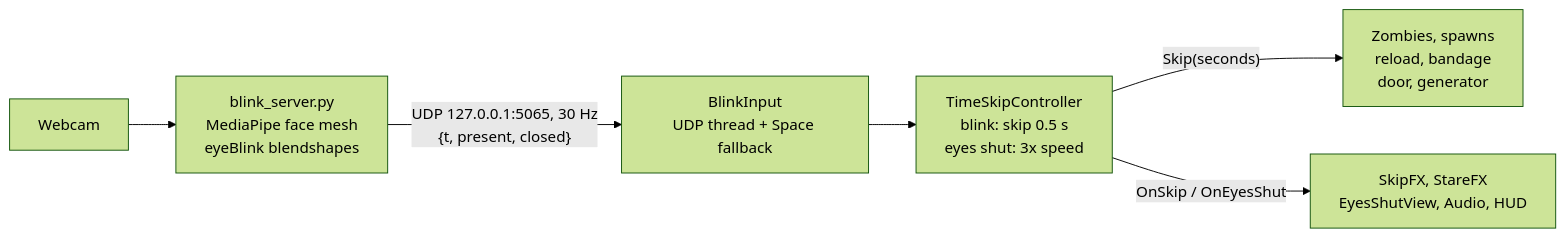
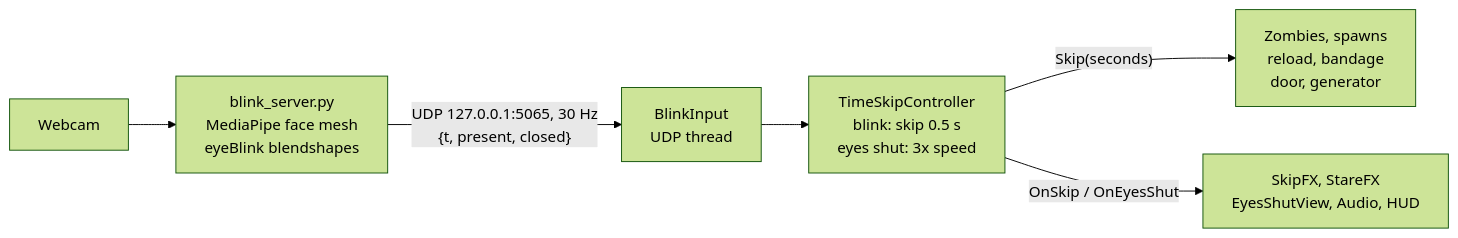
Before and after one commit to diyon-k/css-gamejam2026: the diagram in docs/GAME_PLAN.md, drawn with Mermaid (forest theme). The commit also changed other lines of this file and 5 other files, not shown here.

````diff
--- a/docs/GAME_PLAN.md
+++ b/docs/GAME_PLAN.md
@@ -85,8 +86,8 @@
 ```mermaid
 flowchart LR
     Cam[Webcam] --> Py["blink_server.py<br/>MediaPipe face mesh<br/>eyeBlink blendshapes"]
-    Py -- "UDP 127.0.0.1:5065, 30 Hz<br/>{t, present, closed}" --> BI["BlinkInput<br/>UDP thread + Space fallback"]
+    Py -- "UDP 127.0.0.1:5065, 30 Hz<br/>{t, present, closed}" --> BI["BlinkInput<br/>UDP thread"]
     BI --> TS["TimeSkipController<br/>blink: skip 0.5 s<br/>eyes shut: 3x speed"]
     TS -- "Skip(seconds)" --> W["Zombies, spawns<br/>reload, bandage<br/>door, generator"]
     TS -- "OnSkip / OnEyesShut" --> FX["SkipFX, StareFX<br/>EyesShutView, Audio, HUD"]
 ```
````
